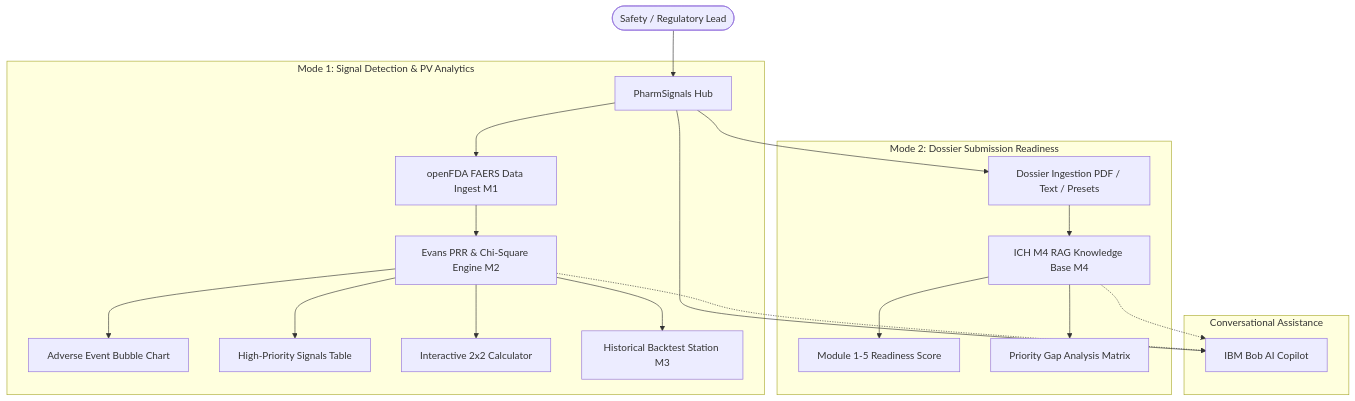
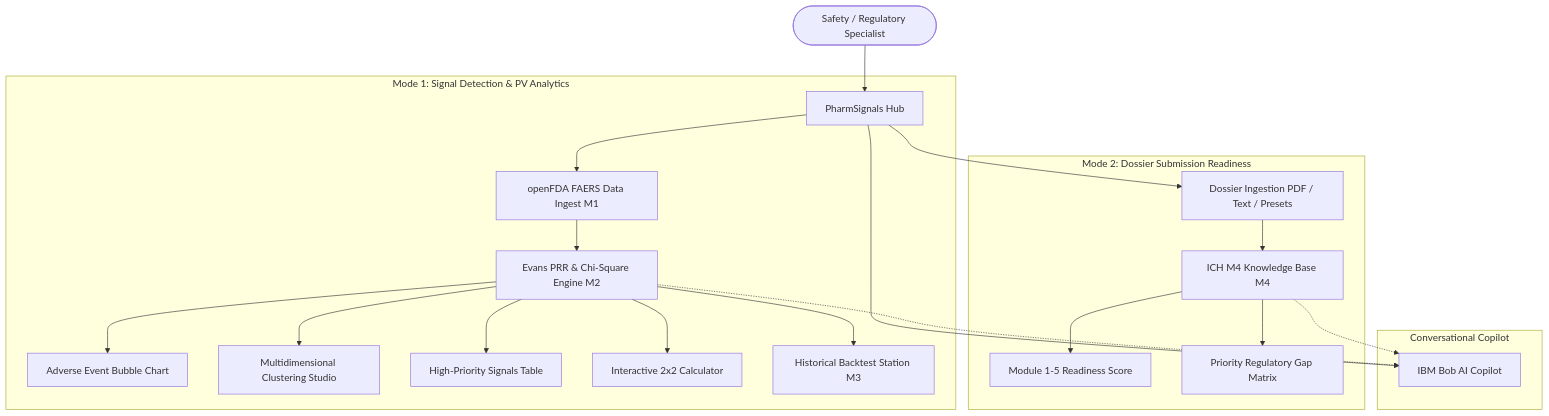
The diagram in README.md (Vivek-Maheshwari-07/bob-ai-hackathon--DemonSlayer), drawn with Mermaid before and after one commit. The commit also changed other lines of this file and 24 other files, not shown here.

````diff
--- a/README.md
+++ b/README.md
@@ -67,26 +66,27 @@
 ```mermaid
 flowchart TD
-    User([Safety / Regulatory Lead]) --> Hub[PharmSignals Hub]
+    User([Safety / Regulatory Specialist]) --> Hub[PharmSignals Hub]
 
     subgraph Mode_1 [Mode 1: Signal Detection & PV Analytics]
         Hub --> FAERS[openFDA FAERS Data Ingest M1]
         FAERS --> PRR[Evans PRR & Chi-Square Engine M2]
         PRR --> Bubble[Adverse Event Bubble Chart]
+        PRR --> Cluster[Multidimensional Clustering Studio]
         PRR --> Table[High-Priority Signals Table]
         PRR --> Calc[Interactive 2x2 Calculator]
         PRR --> Twin[Historical Backtest Station M3]
     end
 
     subgraph Mode_2 [Mode 2: Dossier Submission Readiness]
         Hub --> Ingest[Dossier Ingestion PDF / Text / Presets]
-        Ingest --> RAG[ICH M4 RAG Knowledge Base M4]
+        Ingest --> RAG[ICH M4 Knowledge Base M4]
         RAG --> Score[Module 1-5 Readiness Score]
-        RAG --> Gap[Priority Gap Analysis Matrix]
+        RAG --> Gap[Priority Regulatory Gap Matrix]
     end
 
-    subgraph Copilot [Conversational Assistance]
+    subgraph Copilot [Conversational Copilot]
         Hub --> Bob[IBM Bob AI Copilot]
         PRR -.-> Bob
         RAG -.-> Bob
     end
 ```
````
